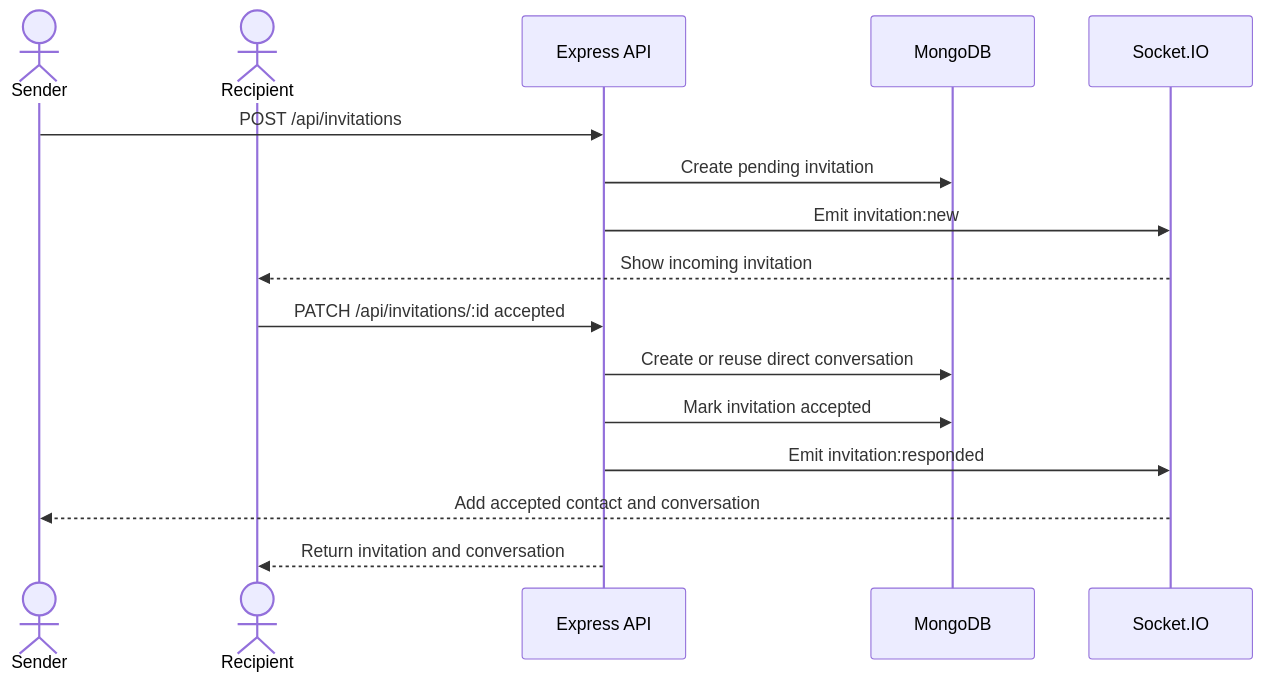
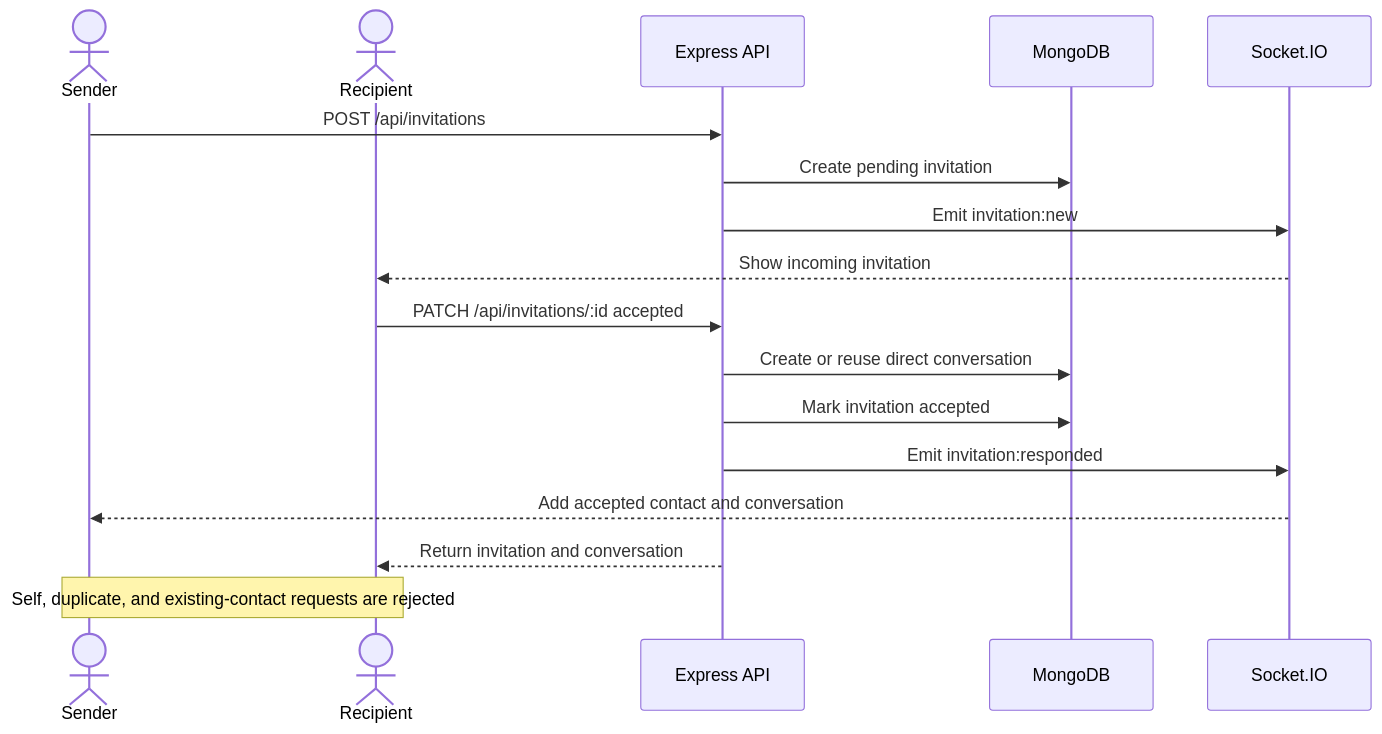
Diagram 15 of 26 in docs/10-diagram-catalog.md (Saurav11343/click-chat), drawn with Mermaid before and after one commit. The commit also changed other lines of this file and 11 other files, not shown here.

Commit message:
update diagrams

````diff
--- a/docs/10-diagram-catalog.md
+++ b/docs/10-diagram-catalog.md
@@ -468,19 +564,20 @@
 ```mermaid
 sequenceDiagram
     actor Sender
     actor Recipient
     participant API as Express API
     participant DB as MongoDB
     participant IO as Socket.IO
 
     Sender->>API: POST /api/invitations
     API->>DB: Create pending invitation
     API->>IO: Emit invitation:new
     IO-->>Recipient: Show incoming invitation
     Recipient->>API: PATCH /api/invitations/:id accepted
     API->>DB: Create or reuse direct conversation
     API->>DB: Mark invitation accepted
     API->>IO: Emit invitation:responded
     IO-->>Sender: Add accepted contact and conversation
     API-->>Recipient: Return invitation and conversation
+    Note over Sender,Recipient: Self, duplicate, and existing-contact requests are rejected
 ```
````
